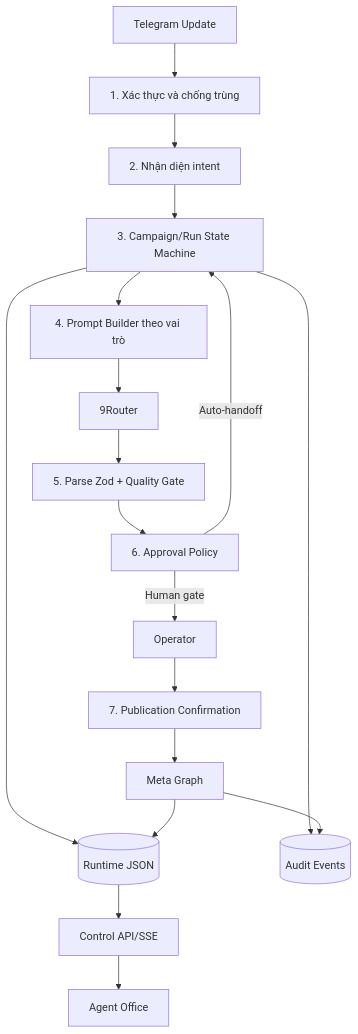
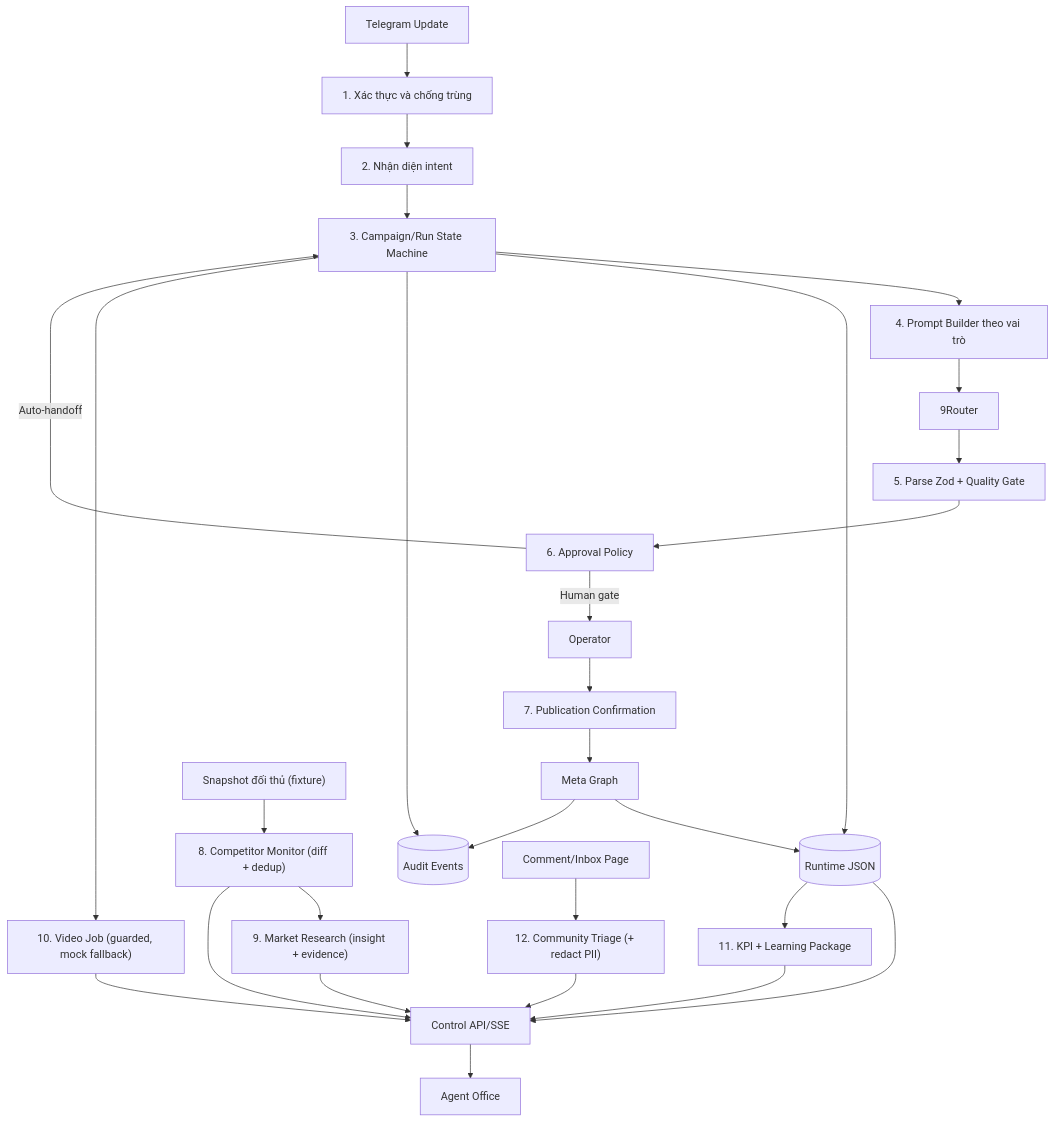
The tenth of 13 diagrams in docs/TAI_LIEU_THIET_KE_VA_TRINH_BAY_HE_THONG_AI_AGENT_MARKETING_2026.md (Harry-Kien/AI_Agent_marketing), drawn with Mermaid before and after one commit. The commit also changed other lines of this file and 4 other files, not shown here.

First line of the commit message:
docs(thesis): sync design doc and diagrams with capability modules

````diff
--- a/docs/TAI_LIEU_THIET_KE_VA_TRINH_BAY_HE_THONG_AI_AGENT_MARKETING_2026.md
+++ b/docs/TAI_LIEU_THIET_KE_VA_TRINH_BAY_HE_THONG_AI_AGENT_MARKETING_2026.md
@@ -417,20 +443,30 @@
 ```mermaid
 flowchart TD
     I["Telegram Update"] --> P1["1. Xác thực và chống trùng"]
     P1 --> P2["2. Nhận diện intent"]
     P2 --> P3["3. Campaign/Run State Machine"]
     P3 --> P4["4. Prompt Builder theo vai trò"]
     P4 --> LLM["9Router"]
     LLM --> P5["5. Parse Zod + Quality Gate"]
     P5 --> P6["6. Approval Policy"]
     P6 -->|Auto-handoff| P3
     P6 -->|Human gate| O["Operator"]
     P3 --> D1[("Runtime JSON")]
     P3 --> D2[("Audit Events")]
     D1 --> API["Control API/SSE"]
     API --> UI["Agent Office"]
     O --> P7["7. Publication Confirmation"]
     P7 --> META["Meta Graph"]
     META --> D1
     META --> D2
+    CS["Snapshot đối thủ (fixture)"] --> P8["8. Competitor Monitor (diff + dedup)"]
+    P8 --> P9["9. Market Research (insight + evidence)"]
+    P9 --> API
+    P8 --> API
+    P3 --> P10["10. Video Job (guarded, mock fallback)"]
+    P10 --> API
+    D1 --> P11["11. KPI + Learning Package"]
+    P11 --> API
+    CM["Comment/Inbox Page"] --> P12["12. Community Triage (+ redact PII)"]
+    P12 --> API
 ```
````
